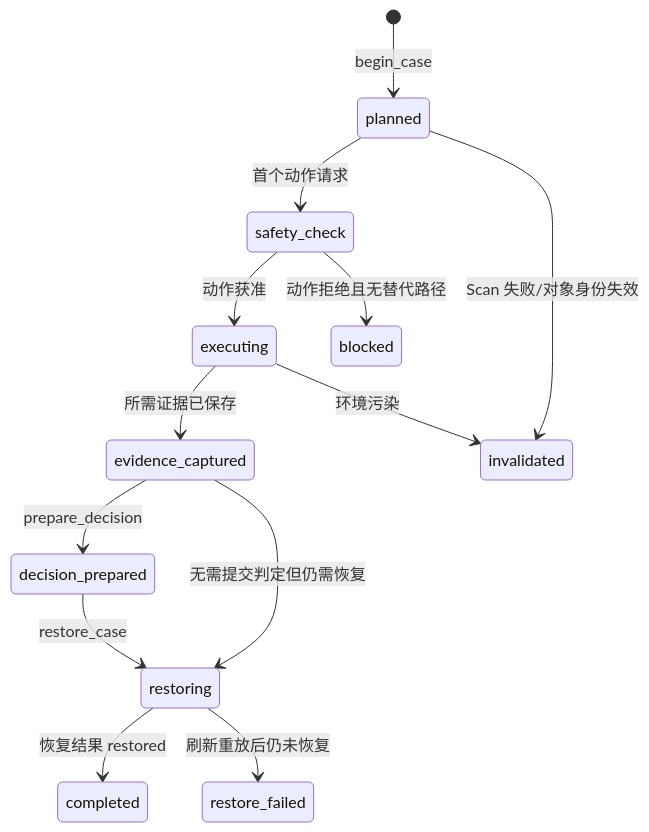
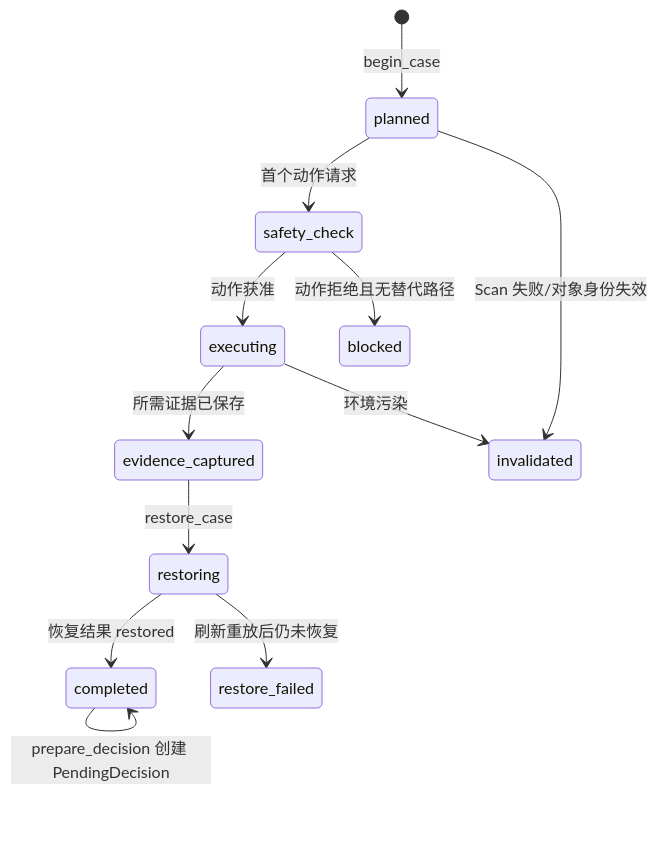
One commit to elioyu-07/Assayer changed the fourth of 4 diagrams in docs/domain-model-and-lifecycle.md. Above: the diagram before and after it, drawn with Mermaid. The commit also changed other lines of this file and 10 other files, not shown here.

````diff
--- a/docs/domain-model-and-lifecycle.md
+++ b/docs/domain-model-and-lifecycle.md
@@ -102,15 +102,14 @@
 ```mermaid
 stateDiagram-v2
     [*] --> planned: begin_case
     planned --> safety_check: 首个动作请求
     safety_check --> executing: 动作获准
     safety_check --> blocked: 动作拒绝且无替代路径
     executing --> evidence_captured: 所需证据已保存
-    evidence_captured --> decision_prepared: prepare_decision
-    decision_prepared --> restoring: restore_case
-    evidence_captured --> restoring: 无需提交判定但仍需恢复
+    evidence_captured --> restoring: restore_case
     restoring --> completed: 恢复结果 restored
+    completed --> completed: prepare_decision 创建 PendingDecision
     restoring --> restore_failed: 刷新重放后仍未恢复
     planned --> invalidated: Scan 失败/对象身份失效
     executing --> invalidated: 环境污染
 ```
````
